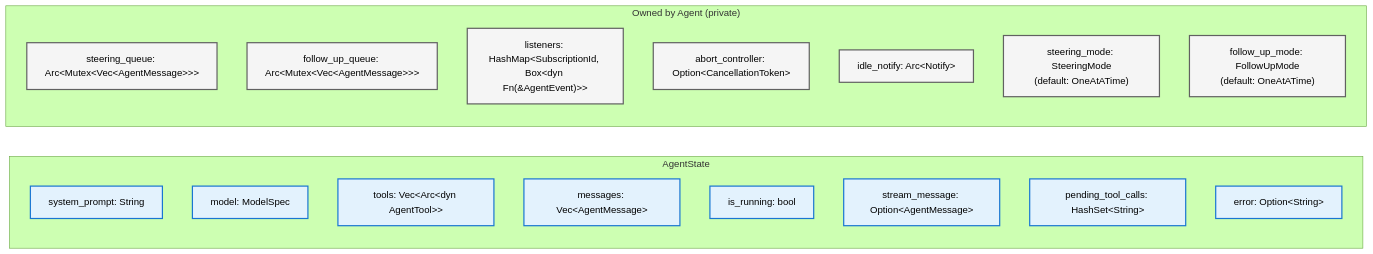
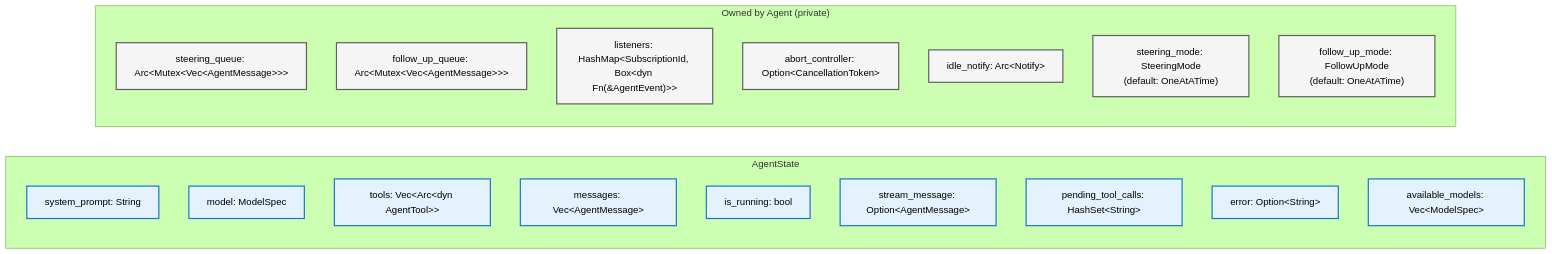
Before and after one commit to SuperSwinkAI/Swink-Agent: the second of 5 diagrams in docs/architecture/agent/README.md, drawn with Mermaid (forest theme). The commit also changed 48 other files, not shown here.

````diff
--- a/docs/architecture/agent/README.md
+++ b/docs/architecture/agent/README.md
@@ -55,29 +55,30 @@
 ```mermaid
 flowchart LR
     subgraph AgentState["AgentState"]
         SP["system_prompt: String"]
         Model["model: ModelSpec"]
         Tools["tools: Vec&lt;Arc&lt;dyn AgentTool&gt;&gt;"]
         Messages["messages: Vec&lt;AgentMessage&gt;"]
         Running["is_running: bool"]
         StreamMsg["stream_message: Option&lt;AgentMessage&gt;"]
         PendingTools["pending_tool_calls: HashSet&lt;String&gt;"]
         Error["error: Option&lt;String&gt;"]
+        AvailModels["available_models: Vec&lt;ModelSpec&gt;"]
     end
 
     subgraph Owned["Owned by Agent (private)"]
         SteerQ["steering_queue: Arc&lt;Mutex&lt;Vec&lt;AgentMessage&gt;&gt;&gt;"]
         FollowQ["follow_up_queue: Arc&lt;Mutex&lt;Vec&lt;AgentMessage&gt;&gt;&gt;"]
         Listeners["listeners: HashMap&lt;SubscriptionId, Box&lt;dyn Fn(&AgentEvent)&gt;&gt;"]
         Cancel["abort_controller: Option&lt;CancellationToken&gt;"]
         IdleNotify["idle_notify: Arc&lt;Notify&gt;"]
         StreamMode["steering_mode: SteeringMode<br/>(default: OneAtATime)"]
         FollowMode["follow_up_mode: FollowUpMode<br/>(default: OneAtATime)"]
     end
 
     classDef stateStyle fill:#e3f2fd,stroke:#1976d2,stroke-width:2px,color:#000
     classDef ownedStyle fill:#f5f5f5,stroke:#616161,stroke-width:2px,color:#000
 
-    class SP,Model,Tools,Messages,Running,StreamMsg,PendingTools,Error stateStyle
+    class SP,Model,Tools,Messages,Running,StreamMsg,PendingTools,Error,AvailModels stateStyle
     class SteerQ,FollowQ,Listeners,Cancel,IdleNotify,StreamMode,FollowMode ownedStyle
 ```
````
